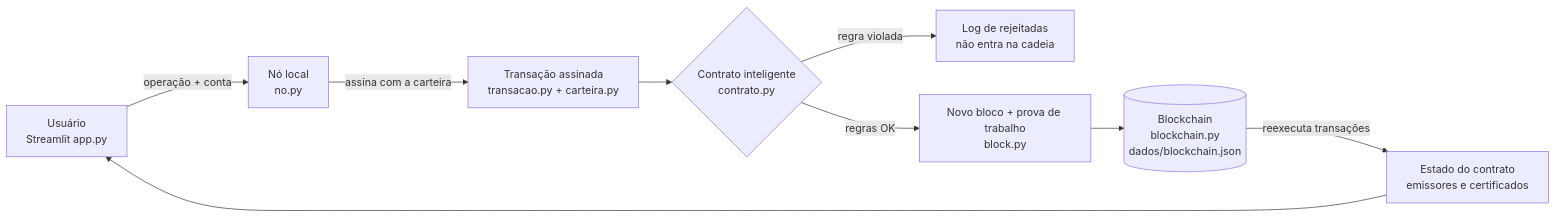
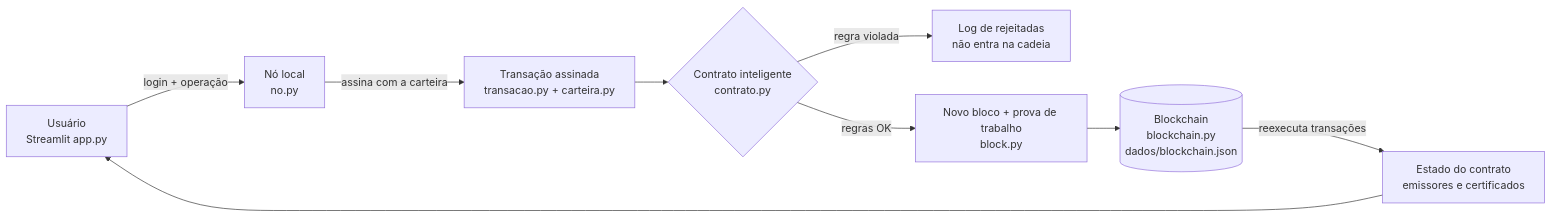
One commit to lucassmaciel/projeto1_blockchain changed the diagram in README.md. Above: the diagram before and after it, drawn with Mermaid. The commit also changed other lines of this file, not shown here.

Commit message:
docs: README com login, cadastro e testes na arquitetura

````diff
--- a/README.md
+++ b/README.md
@@ -34,11 +34,11 @@
 ```mermaid
 flowchart LR
-    U[Usuário<br/>Streamlit app.py] -->|operação + conta| N[Nó local<br/>no.py]
+    U[Usuário<br/>Streamlit app.py] -->|login + operação| N[Nó local<br/>no.py]
     N -->|assina com a carteira| T[Transação assinada<br/>transacao.py + carteira.py]
     T --> C{Contrato inteligente<br/>contrato.py}
     C -->|regra violada| R[Log de rejeitadas<br/>não entra na cadeia]
     C -->|regras OK| M[Novo bloco + prova de trabalho<br/>block.py]
     M --> B[(Blockchain<br/>blockchain.py<br/>dados/blockchain.json)]
     B -->|reexecuta transações| E[Estado do contrato<br/>emissores e certificados]
     E --> U
 ```
````
